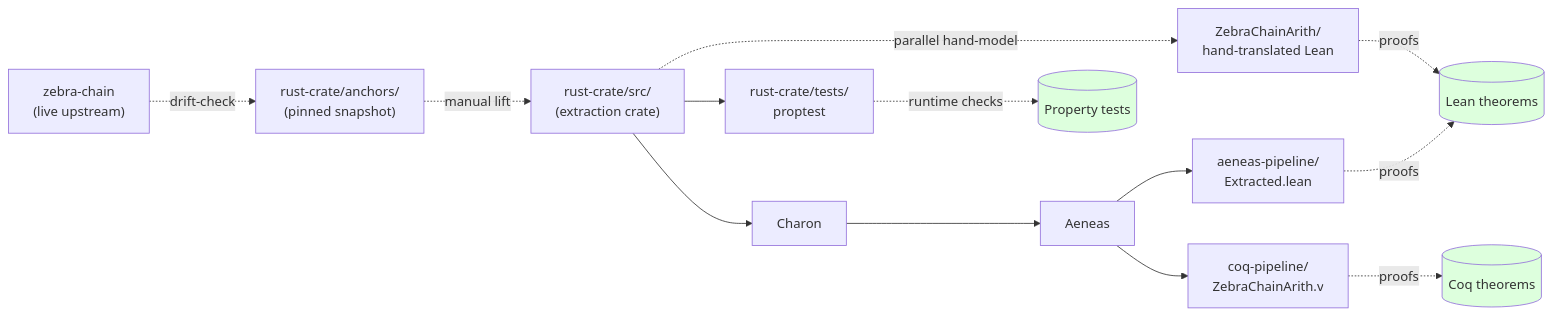
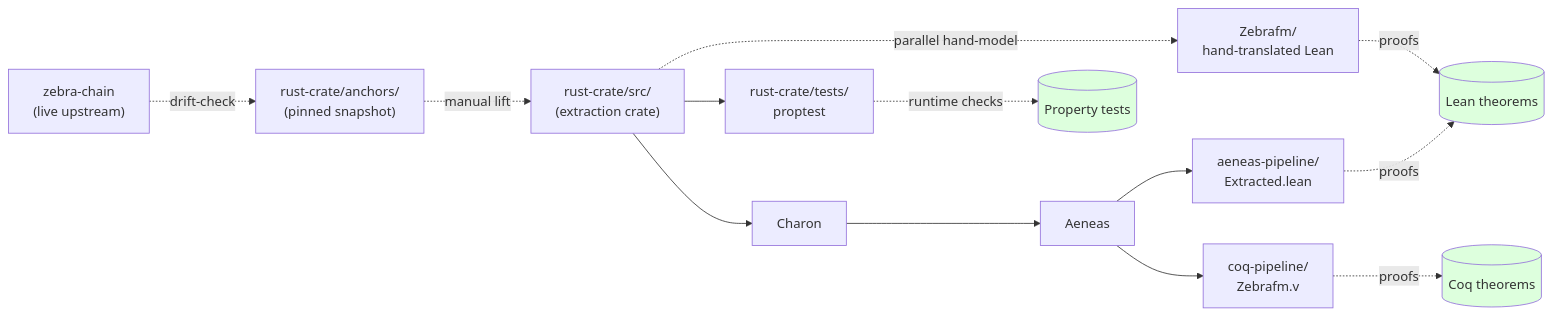
One commit to upbqdn/zebrafm changed the diagram in REPORT.md. Above: the diagram before and after it, drawn with Mermaid. The commit also changed other lines of this file and 133 other files, not shown here.

````diff
--- a/REPORT.md
+++ b/REPORT.md
@@ -42,30 +42,30 @@
 ```mermaid
 flowchart LR
     ZC["zebra-chain<br/>(live upstream)"]
     AN["rust-crate/anchors/<br/>(pinned snapshot)"]
     RC["rust-crate/src/<br/>(extraction crate)"]
     CH[Charon]
     AE[Aeneas]
     LE["aeneas-pipeline/<br/>Extracted.lean"]
-    CO["coq-pipeline/<br/>ZebraChainArith.v"]
-    HL["ZebraChainArith/<br/>hand-translated Lean"]
+    CO["coq-pipeline/<br/>Zebrafm.v"]
+    HL["Zebrafm/<br/>hand-translated Lean"]
     PT["rust-crate/tests/<br/>proptest"]
 
     ZC -. drift-check .-> AN
     AN -. manual lift .-> RC
     RC --> CH
     CH --> AE
     AE --> LE
     AE --> CO
     RC -. parallel hand-model .-> HL
     RC --> PT
 
     HL -. proofs .-> P1[("Lean theorems")]
     LE -. proofs .-> P1
     CO -. proofs .-> P2[("Coq theorems")]
     PT -. runtime checks .-> P3[("Property tests")]
 
     style P1 fill:#dfd
     style P2 fill:#dfd
     style P3 fill:#dfd
 ```
````
